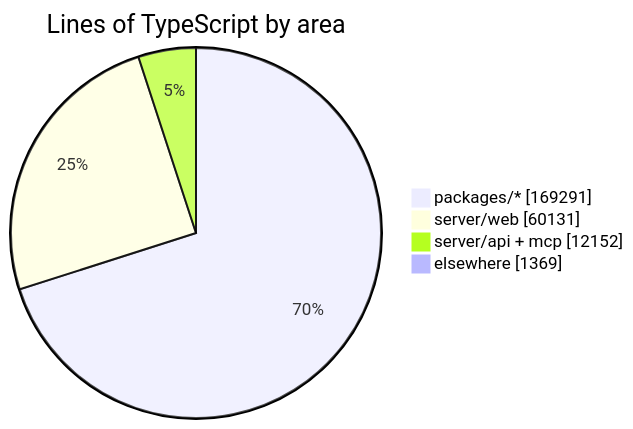
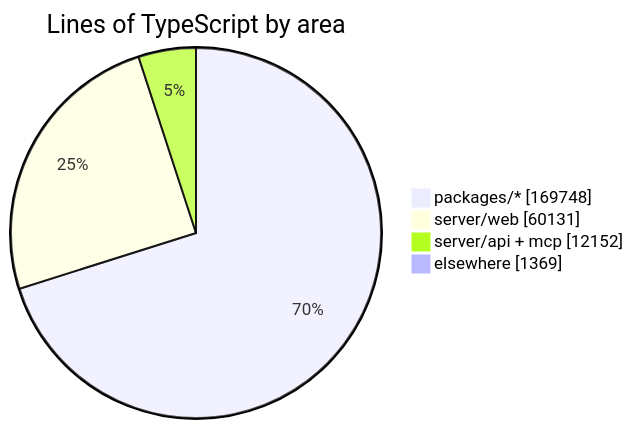
The diagram in README.md (crossworks-engineering/mantle), drawn with Mermaid before and after one commit. The commit also changed other lines of this file and 2 other files, not shown here.

````diff
--- a/README.md
+++ b/README.md
@@ -279,7 +279,7 @@
 ```mermaid
 pie showData title Lines of TypeScript by area
-    "packages/*" : 169291
+    "packages/*" : 169748
     "server/web" : 60131
     "server/api + mcp" : 12152
     "elsewhere" : 1369
 ```
````
